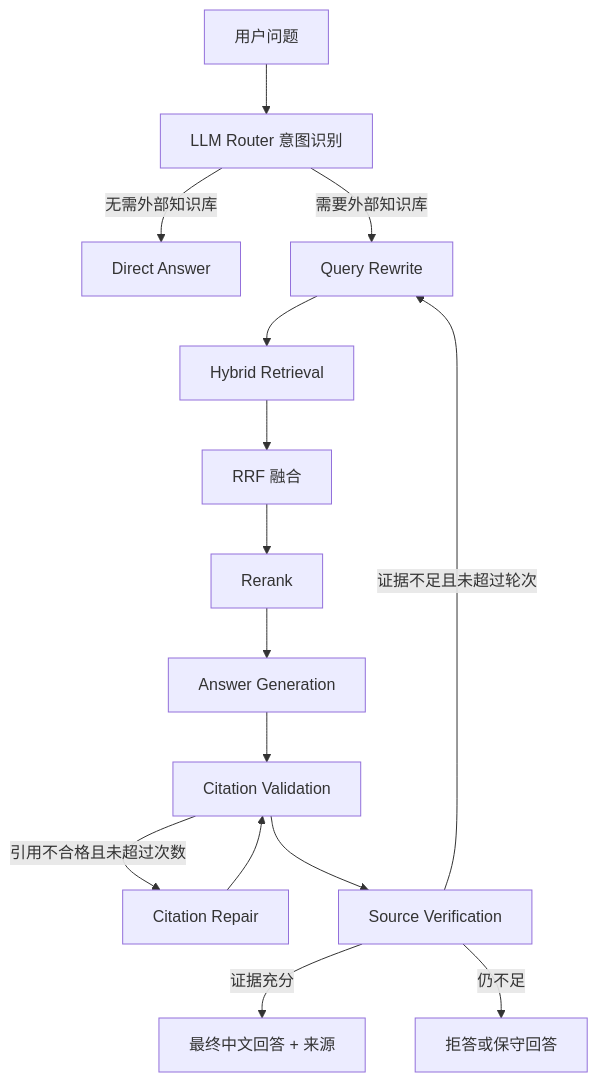
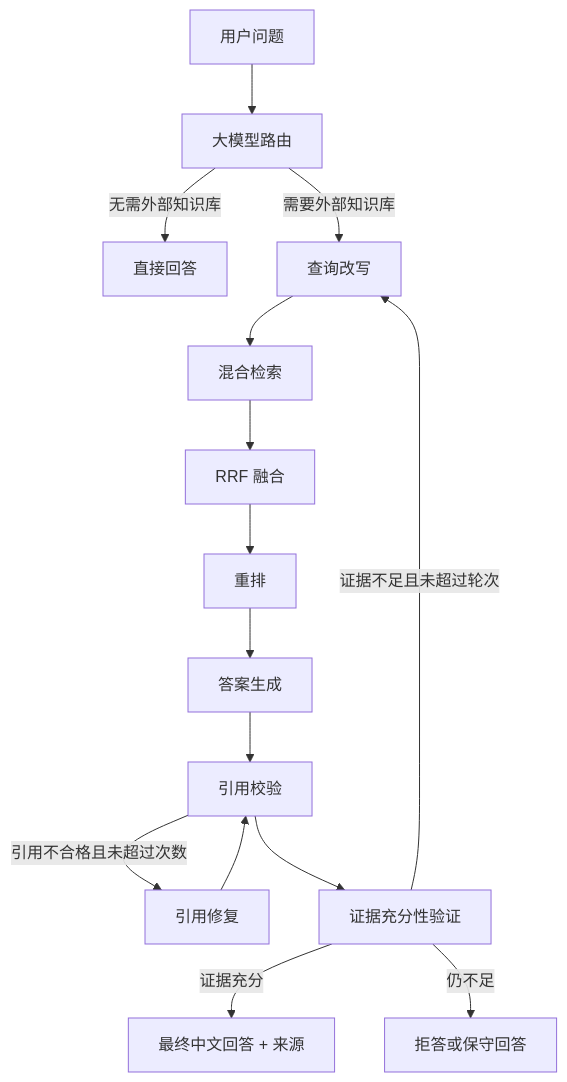
One commit to 765857033-cmyk/marine-mining-multimodal-rag changed the second of 2 diagrams in README.md. Above: the diagram before and after it, drawn with Mermaid. The commit also changed other lines of this file and 5 other files, not shown here.

````diff
--- a/README.md
+++ b/README.md
@@ -61,17 +61,17 @@
 ```mermaid
 flowchart TD
-    A[用户问题] --> B[LLM Router 意图识别]
-    B -->|无需外部知识库| C[Direct Answer]
-    B -->|需要外部知识库| D[Query Rewrite]
-    D --> E[Hybrid Retrieval]
+    A[用户问题] --> B[大模型路由]
+    B -->|无需外部知识库| C[直接回答]
+    B -->|需要外部知识库| D[查询改写]
+    D --> E[混合检索]
     E --> F[RRF 融合]
-    F --> G[Rerank]
-    G --> H[Answer Generation]
-    H --> I[Citation Validation]
-    I -->|引用不合格且未超过次数| J[Citation Repair]
+    F --> G[重排]
+    G --> H[答案生成]
+    H --> I[引用校验]
+    I -->|引用不合格且未超过次数| J[引用修复]
     J --> I
-    I --> K[Source Verification]
+    I --> K[证据充分性验证]
     K -->|证据充分| L[最终中文回答 + 来源]
     K -->|证据不足且未超过轮次| D
     K -->|仍不足| M[拒答或保守回答]
 ```
````
